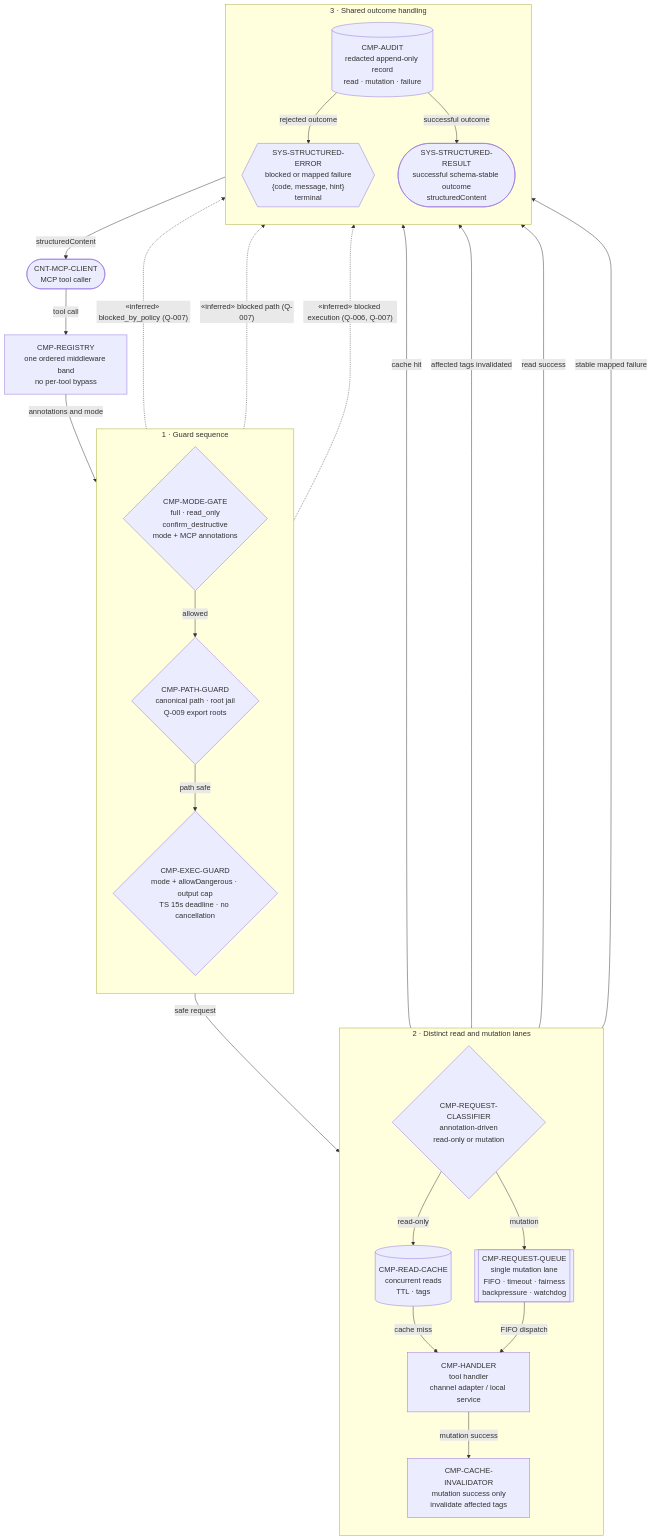
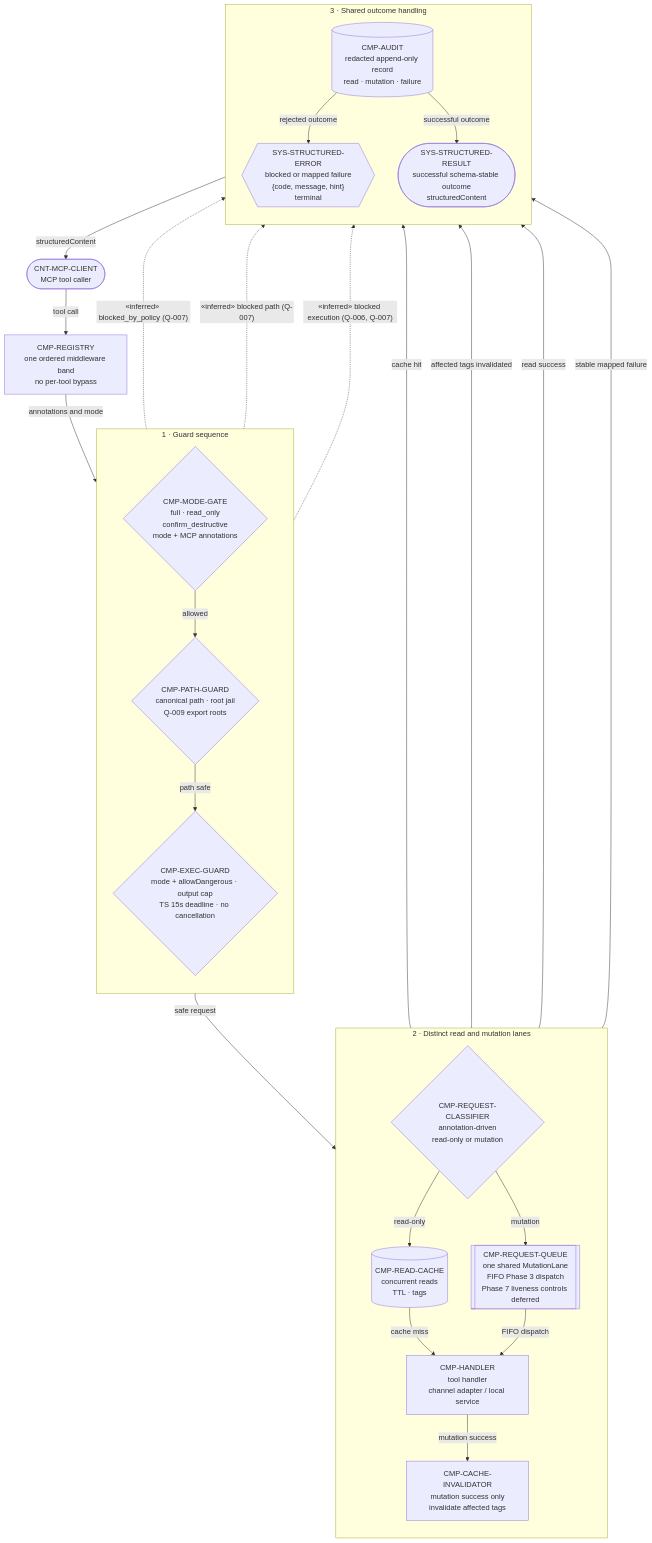
Before and after one commit to 9thLevelSoftware/robogodot: the diagram in docs/architecture/07-policy-pipeline.md, drawn with Mermaid. The commit also changed 20 other files, not shown here.

```diff
--- a/docs/architecture/07-policy-pipeline.md
+++ b/docs/architecture/07-policy-pipeline.md
@@ -42,7 +42,7 @@
     %% atlas-node: CMP-READ-CACHE
     READ_CACHE[("CMP-READ-CACHE<br/>concurrent reads<br/>TTL · tags")]
     %% atlas-node: CMP-REQUEST-QUEUE
-    REQUEST_QUEUE[["CMP-REQUEST-QUEUE<br/>single mutation lane<br/>FIFO · timeout · fairness<br/>backpressure · watchdog"]]
+    REQUEST_QUEUE[["CMP-REQUEST-QUEUE<br/>one shared MutationLane<br/>FIFO Phase 3 dispatch<br/>Phase 7 liveness controls deferred"]]
     %% atlas-node: CMP-HANDLER
     HANDLER["CMP-HANDLER<br/>tool handler<br/>channel adapter / local service"]
     %% atlas-node: CMP-CACHE-INVALIDATOR
```
